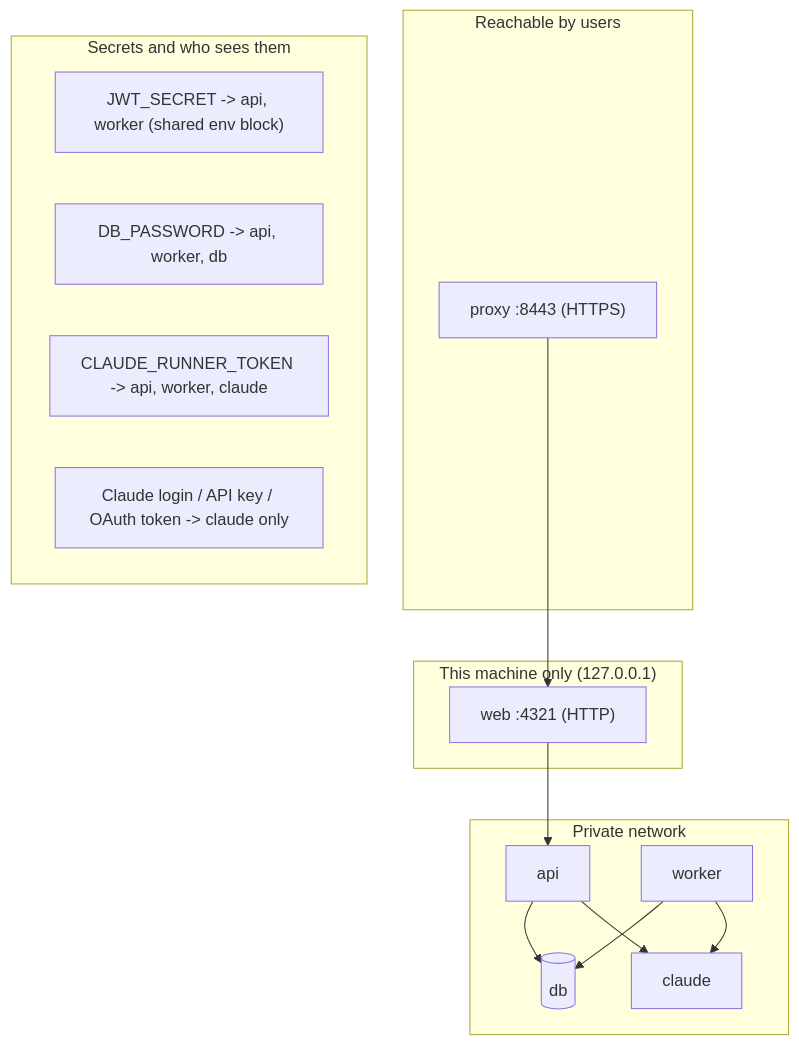
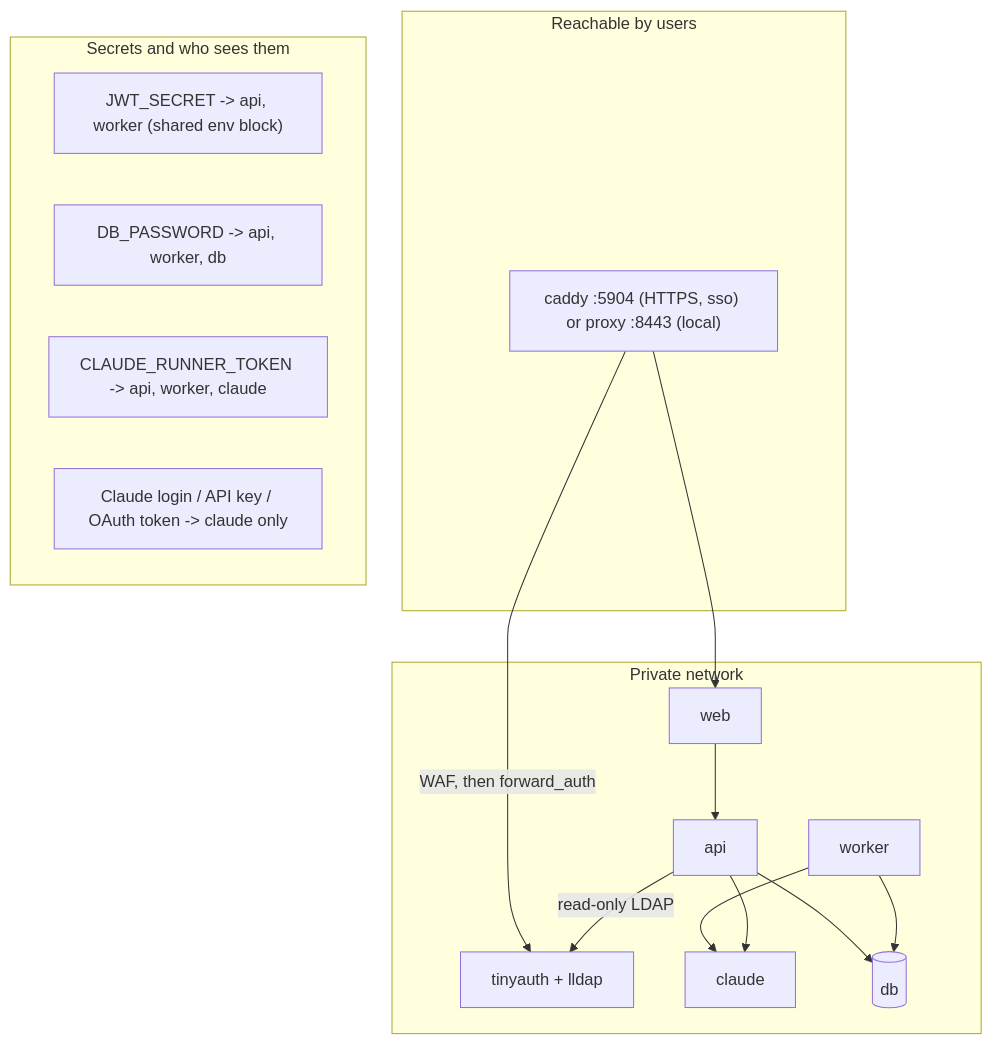
One commit to achintya-labs/AIPaperCorrection changed the third of 3 diagrams in docs/architecture.md. Above: the diagram before and after it, drawn with Mermaid. The commit also changed other lines of this file and 38 other files, not shown here.

````diff
--- a/docs/architecture.md
+++ b/docs/architecture.md
@@ -212,27 +231,28 @@
 ```mermaid
 flowchart TB
     subgraph pub["Reachable by users"]
-        X["proxy :8443 (HTTPS)"]
-    end
-    subgraph local["This machine only (127.0.0.1)"]
-        W["web :4321 (HTTP)"]
+        X["caddy :5904 (HTTPS, sso) or proxy :8443 (local)"]
     end
     subgraph priv["Private network"]
+        W["web"]
+        T["tinyauth + lldap"]
         A["api"]
         K["worker"]
         C["claude"]
         D[("db")]
     end
     subgraph secrets["Secrets and who sees them"]
         S1["JWT_SECRET -> api, worker (shared env block)"]
         S2["DB_PASSWORD -> api, worker, db"]
         S3["CLAUDE_RUNNER_TOKEN -> api, worker, claude"]
         S4["Claude login / API key / OAuth token -> claude only"]
     end
+    X -->|"WAF, then forward_auth"| T
     X --> W
     W --> A
+    A -->|"read-only LDAP"| T
     A --> D
     K --> D
     K --> C
     A --> C
 ```
````
